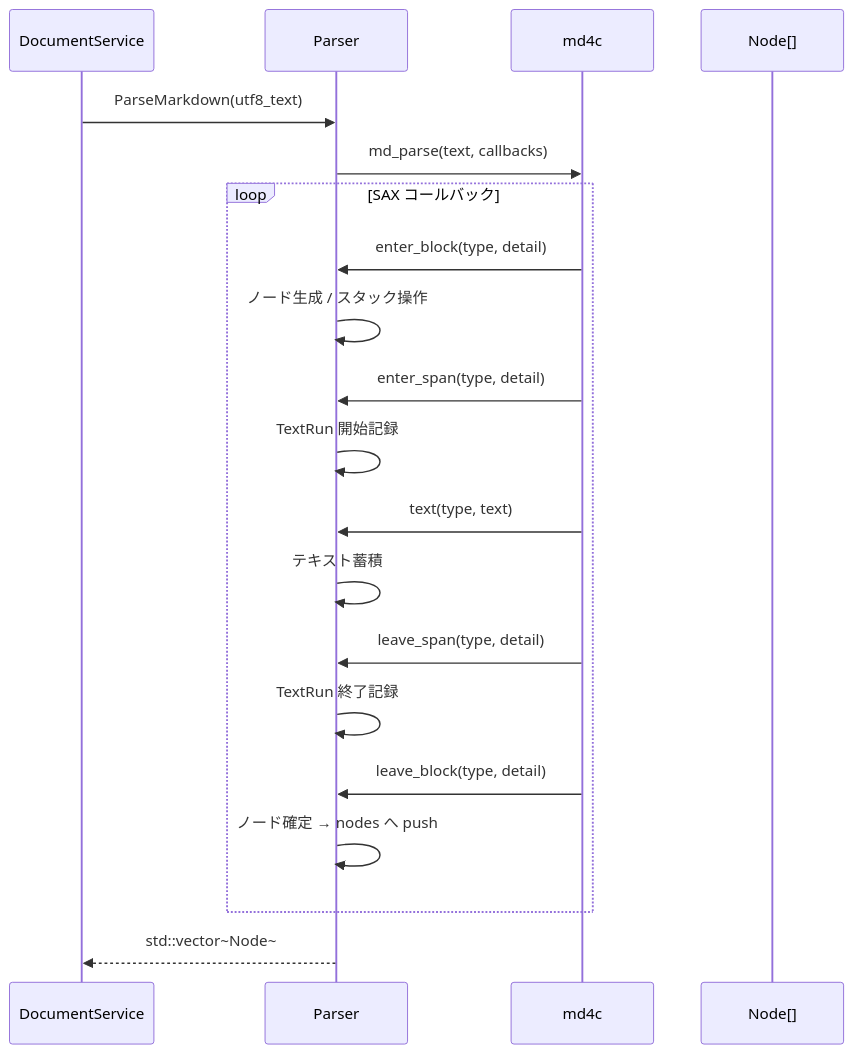
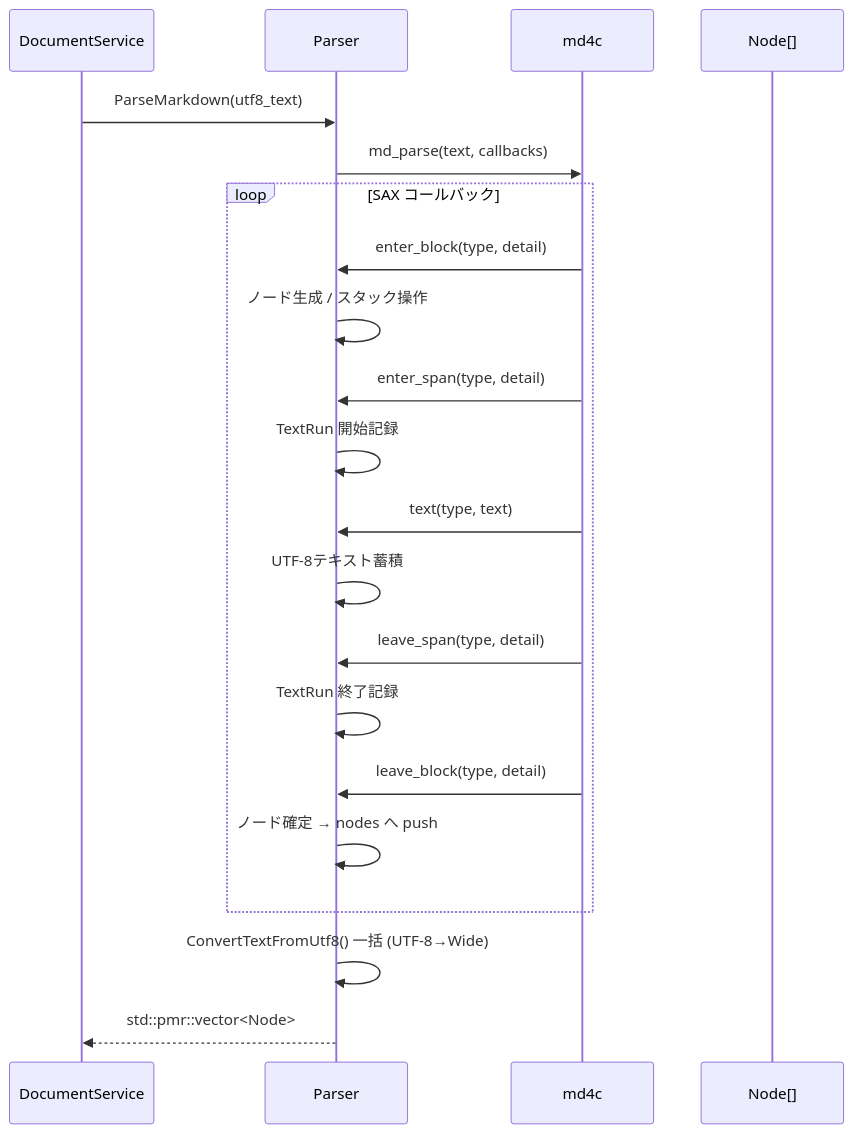
Before and after one commit to tanaton/mendo: the sixth of 27 diagrams in example/test.md, drawn with Mermaid. The commit also changed other lines of this file, not shown here.

````diff
--- a/example/test.md
+++ b/example/test.md
@@ -494,23 +624,24 @@
 ```mermaid
 sequenceDiagram
     participant DS as DocumentService
     participant P as Parser
     participant MD as md4c
     participant N as Node[]
 
     DS->>P: ParseMarkdown(utf8_text)
     P->>MD: md_parse(text, callbacks)
     loop SAX コールバック
         MD->>P: enter_block(type, detail)
         P->>P: ノード生成 / スタック操作
         MD->>P: enter_span(type, detail)
         P->>P: TextRun 開始記録
         MD->>P: text(type, text)
-        P->>P: テキスト蓄積
+        P->>P: UTF-8テキスト蓄積
         MD->>P: leave_span(type, detail)
         P->>P: TextRun 終了記録
         MD->>P: leave_block(type, detail)
         P->>P: ノード確定 → nodes へ push
     end
-    P-->>DS: std::vector~Node~
+    P->>P: ConvertTextFromUtf8() 一括 (UTF-8→Wide)
+    P-->>DS: std::pmr::vector<Node>
 ```
````
